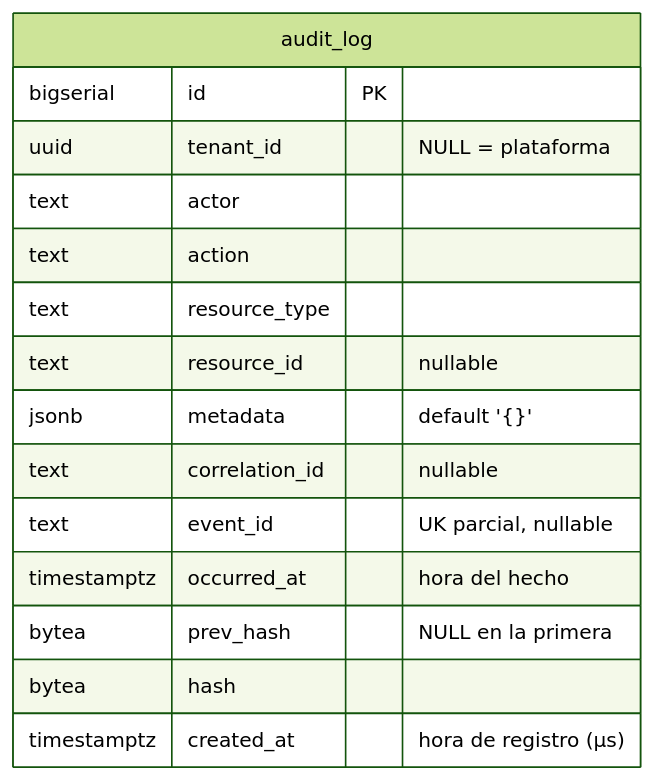
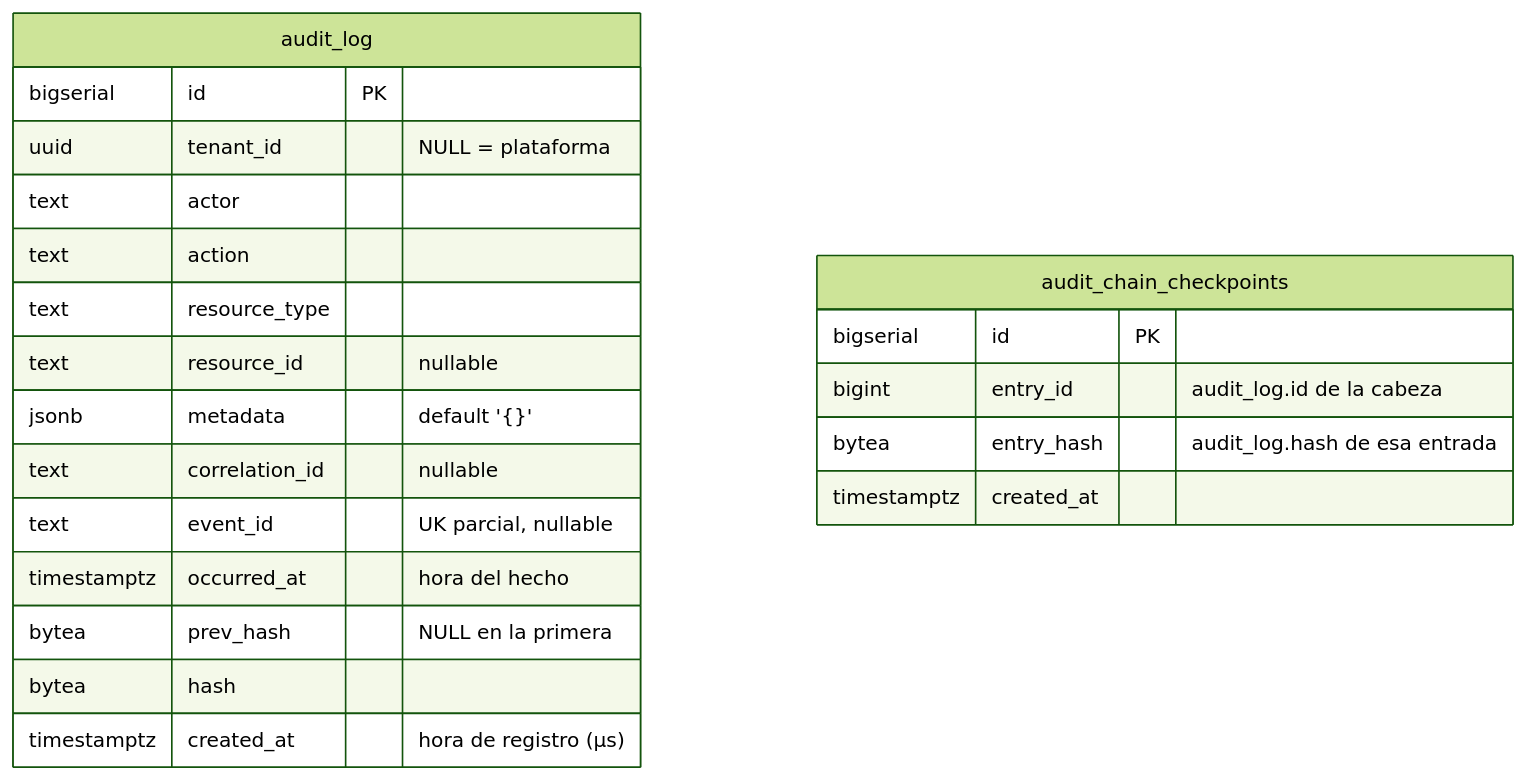
The second of 2 diagrams in docs/technical/AUDIT.md (juantevez/cobros-platform), drawn with Mermaid (forest theme) before and after one commit. The commit also changed other lines of this file and 14 other files, not shown here.

First line of the commit message:
audit: append-only reforzado en la base y checkpoints de la cadena

````diff
--- a/docs/technical/AUDIT.md
+++ b/docs/technical/AUDIT.md
@@ -384,18 +410,24 @@
 ```mermaid
 erDiagram
     audit_log {
         bigserial id PK
         uuid tenant_id "NULL = plataforma"
         text actor
         text action
         text resource_type
         text resource_id "nullable"
         jsonb metadata "default '{}'"
         text correlation_id "nullable"
         text event_id "UK parcial, nullable"
         timestamptz occurred_at "hora del hecho"
         bytea prev_hash "NULL en la primera"
         bytea hash
         timestamptz created_at "hora de registro (µs)"
     }
+    audit_chain_checkpoints {
+        bigserial id PK
+        bigint entry_id "audit_log.id de la cabeza"
+        bytea entry_hash "audit_log.hash de esa entrada"
+        timestamptz created_at
+    }
 ```
````
